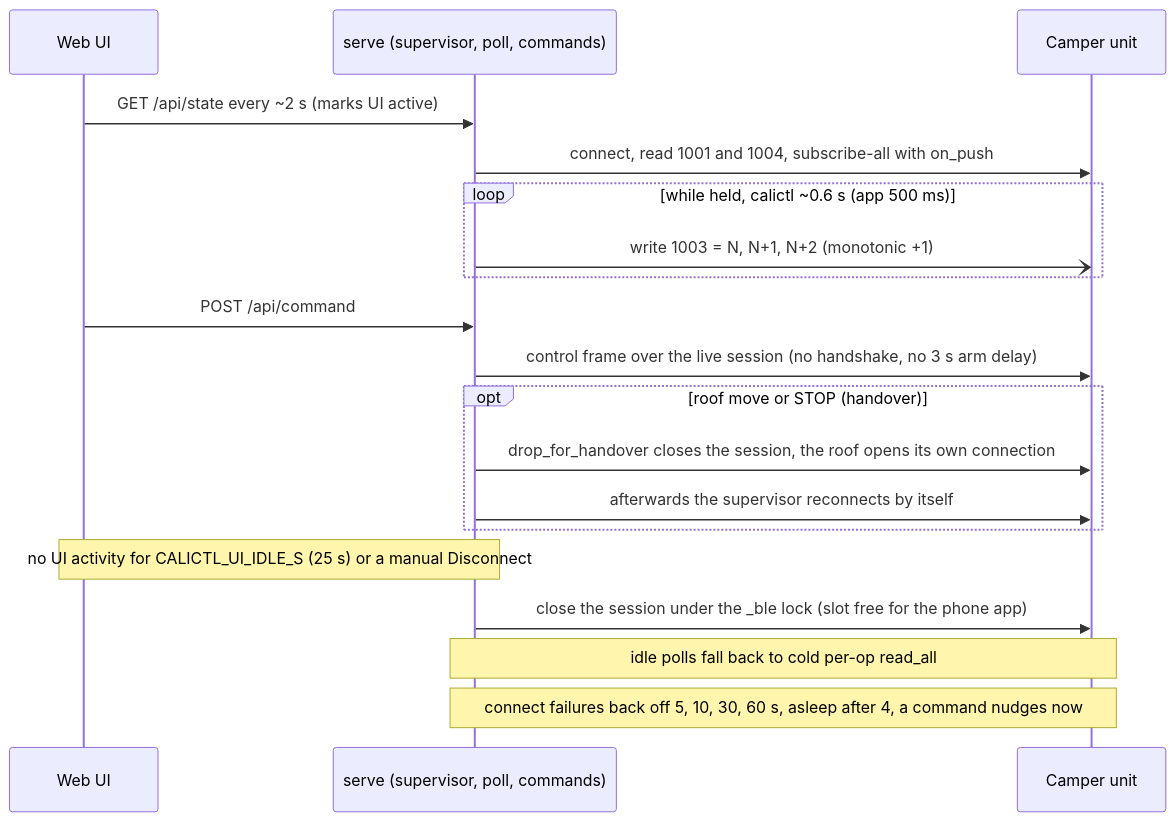
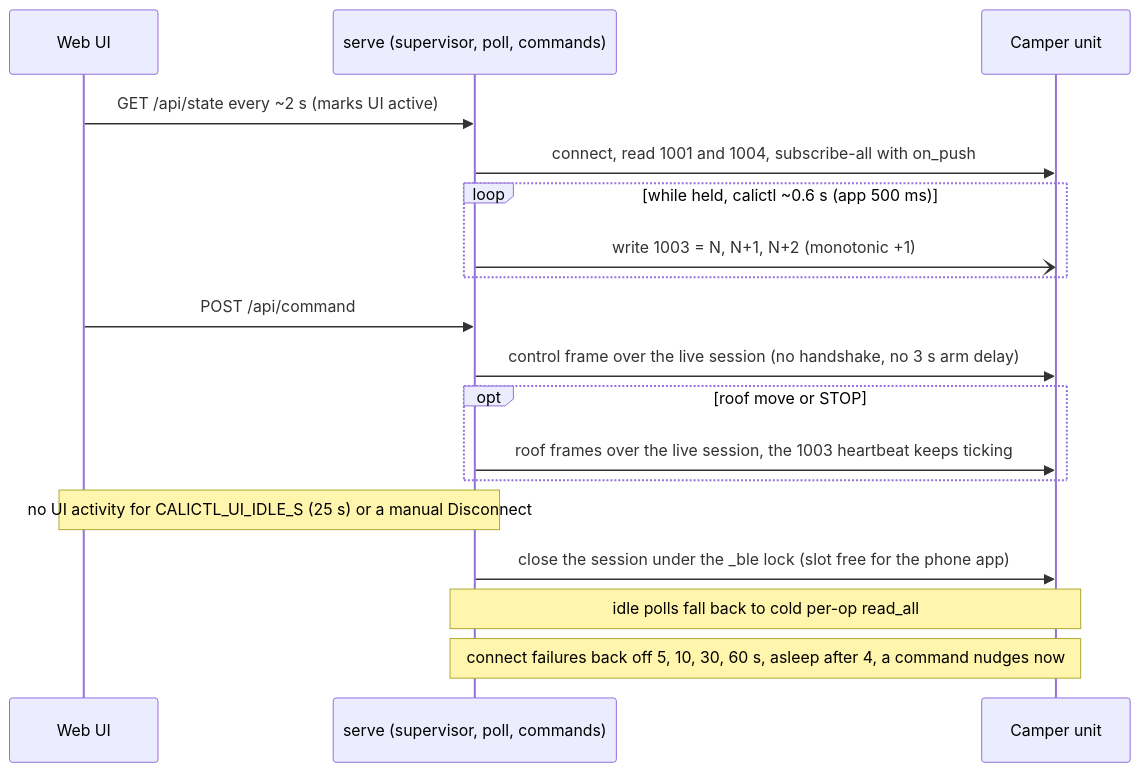
Before and after one commit to ckeller42/open-california: the fourth of 10 diagrams in docs/protocol-sequences.rst, drawn with Mermaid. The commit also changed other lines of this file and 7 other files, not shown here.

First line of the commit message:
docs: roof arm follows the app (1003 heartbeat during the move)

```diff
--- a/docs/protocol-sequences.rst
+++ b/docs/protocol-sequences.rst
@@ -366,21 +366,20 @@
 .. mermaid::
 
     sequenceDiagram
         participant W as Web UI
         participant S as serve (supervisor, poll, commands)
         participant U as Camper unit
         W->>S: GET /api/state every ~2 s (marks UI active)
         S->>U: connect, read 1001 and 1004, subscribe-all with on_push
         loop while held, calictl ~0.6 s (app 500 ms)
             S-)U: write 1003 = N, N+1, N+2 (monotonic +1)
         end
         W->>S: POST /api/command
         S->>U: control frame over the live session (no handshake, no 3 s arm delay)
-        opt roof move or STOP (handover)
-            S->>U: drop_for_handover closes the session, the roof opens its own connection
-            S->>U: afterwards the supervisor reconnects by itself
+        opt roof move or STOP
+            S->>U: roof frames over the live session, the 1003 heartbeat keeps ticking
         end
         Note over W,S: no UI activity for CALICTL_UI_IDLE_S (25 s) or a manual Disconnect
         S->>U: close the session under the _ble lock (slot free for the phone app)
         Note over S,U: idle polls fall back to cold per-op read_all
         Note over S,U: connect failures back off 5, 10, 30, 60 s, asleep after 4, a command nudges now
```
